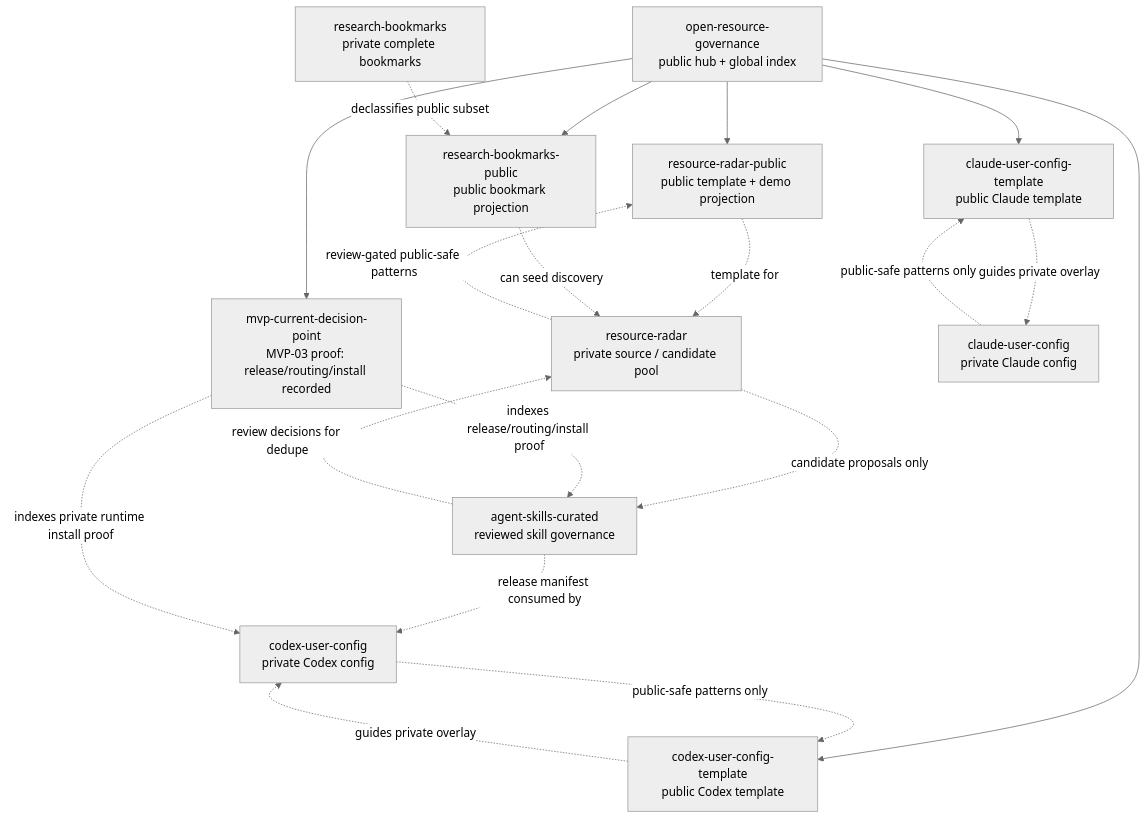
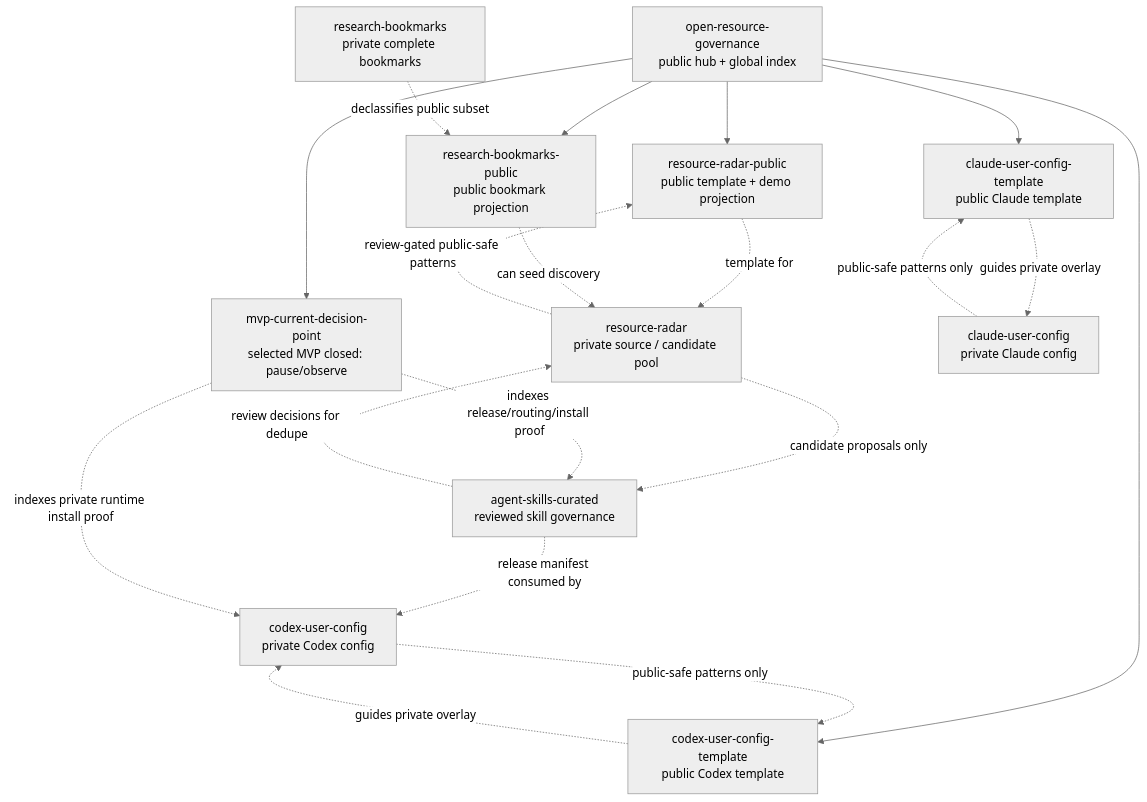
The diagram in docs/system-topology.md (yiheng8023/open-resource-governance), drawn with Mermaid (neutral theme) before and after one commit. The commit also changed other lines of this file and 20 other files, not shown here.

Commit message:
Close selected Skills MVP loop

````diff
--- a/docs/system-topology.md
+++ b/docs/system-topology.md
@@ -61,41 +61,41 @@
 ```mermaid
 flowchart TD
   hub["open-resource-governance<br/>public hub + global index"]
 
   radarPrivate["resource-radar<br/>private source / candidate pool"]
   radarPublic["resource-radar-public<br/>public template + demo projection"]
 
   bookmarksPrivate["research-bookmarks<br/>private complete bookmarks"]
   bookmarksPublic["research-bookmarks-public<br/>public bookmark projection"]
 
   skills["agent-skills-curated<br/>reviewed skill governance"]
-  mvpGate["mvp-current-decision-point<br/>MVP-03 proof: release/routing/install recorded"]
+  mvpGate["mvp-current-decision-point<br/>selected MVP closed: pause/observe"]
 
   codexTemplate["codex-user-config-template<br/>public Codex template"]
   codexPrivate["codex-user-config<br/>private Codex config"]
   claudeTemplate["claude-user-config-template<br/>public Claude template"]
   claudePrivate["claude-user-config<br/>private Claude config"]
 
   hub --> radarPublic
   hub --> bookmarksPublic
   hub --> codexTemplate
   hub --> claudeTemplate
   hub --> mvpGate
 
   radarPublic -. "template for" .-> radarPrivate
   radarPrivate -. "review-gated public-safe patterns" .-> radarPublic
 
   bookmarksPrivate -. "declassifies public subset" .-> bookmarksPublic
   bookmarksPublic -. "can seed discovery" .-> radarPrivate
 
   radarPrivate -. "candidate proposals only" .-> skills
   skills -. "review decisions for dedupe" .-> radarPrivate
   skills -. "release manifest consumed by" .-> codexPrivate
   mvpGate -. "indexes release/routing/install proof" .-> skills
   mvpGate -. "indexes private runtime install proof" .-> codexPrivate
 
   codexTemplate -. "guides private overlay" .-> codexPrivate
   codexPrivate -. "public-safe patterns only" .-> codexTemplate
   claudeTemplate -. "guides private overlay" .-> claudePrivate
   claudePrivate -. "public-safe patterns only" .-> claudeTemplate
 ```
````
